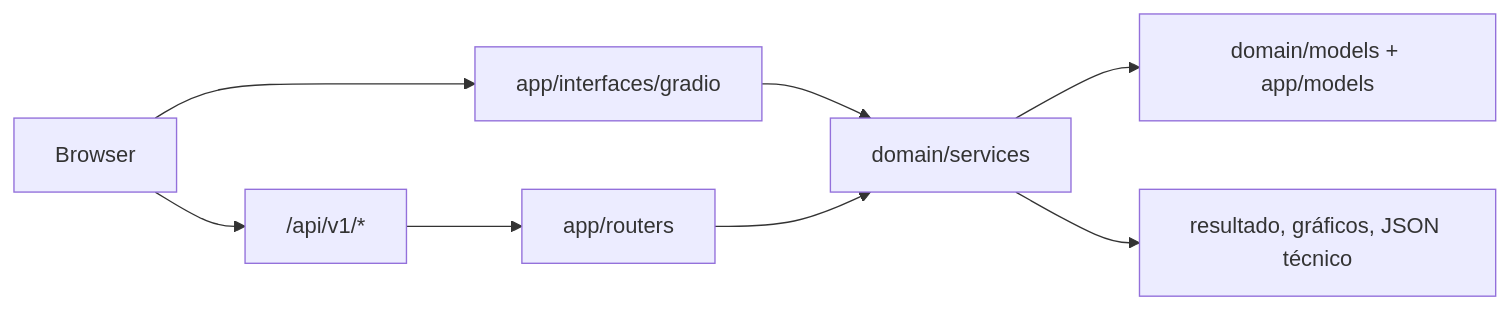
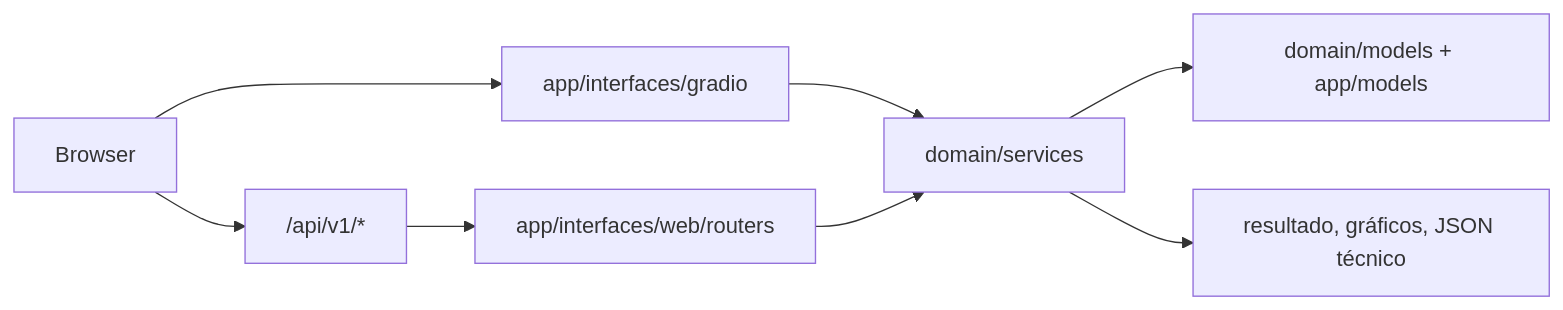
The diagram in docs/23_FRONTEND_GRADIO.md (thierrybraga/XFakeSong), drawn with Mermaid before and after one commit. The commit also changed other lines of this file and 979 other files, not shown here.

````diff
--- a/docs/23_FRONTEND_GRADIO.md
+++ b/docs/23_FRONTEND_GRADIO.md
@@ -51,10 +52,10 @@
 ```mermaid
 flowchart LR
     Browser["Browser"] --> Gradio["app/interfaces/gradio"]
     Browser --> HTTP["/api/v1/*"]
     Gradio --> Services["domain/services"]
-    HTTP --> Routers["app/routers"]
+    HTTP --> Routers["app/interfaces/web/routers"]
     Routers --> Services
     Services --> Models["domain/models + app/models"]
     Services --> Results["resultado, gráficos, JSON técnico"]
 ```
````
